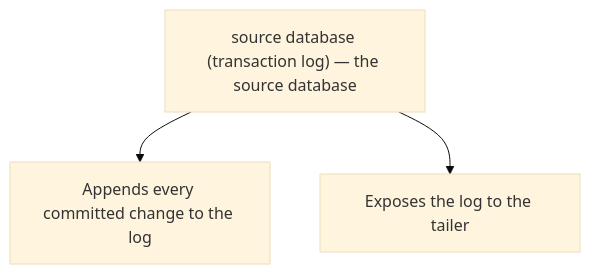
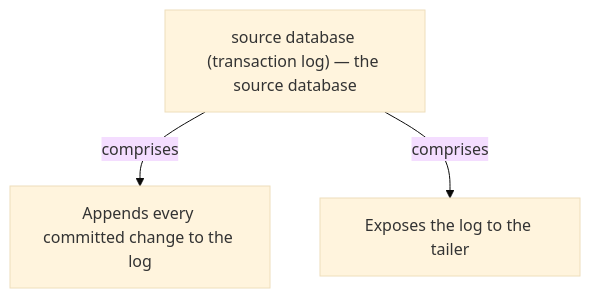
One commit to vinayakuber/microservices-io-study-guide changed the fourth of 13 diagrams in docs/ch13-transaction-log-tailing.md. Above: the diagram before and after it, drawn with Mermaid (base theme). The commit also changed other lines of this file and 71 other files, not shown here.

First line of the commit message:
R18: label every diagram arrow with its meaning

````diff
--- a/docs/ch13-transaction-log-tailing.md
+++ b/docs/ch13-transaction-log-tailing.md
@@ -186,6 +186,6 @@
 ```mermaid
 flowchart TD
   R["source database (transaction log) — the source database"]
-  R --> P0["Appends every committed change to the log"]
-  R --> P1["Exposes the log to the tailer"]
+  R -->|"comprises"| P0["Appends every committed change to the log"]
+  R -->|"comprises"| P1["Exposes the log to the tailer"]
 ```
````
